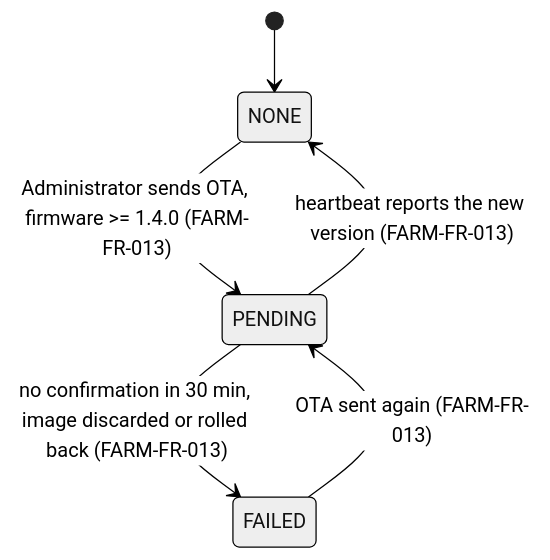
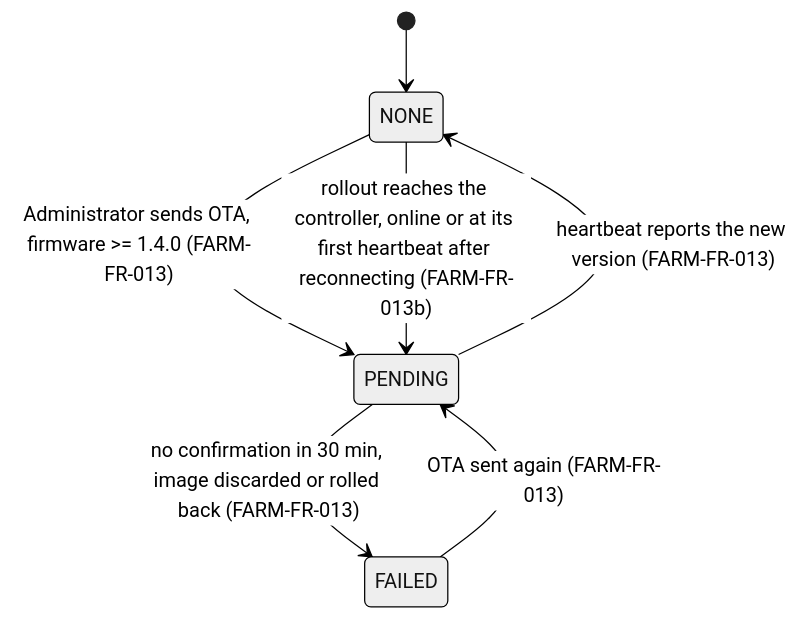
Diagram 18 of 40 in docs/reports/report4-sdd.md (NBao261/SwiftletCare_KLTN), drawn with Mermaid (neutral theme) before and after one commit. The commit also changed other lines of this file and 8 other files, not shown here.

````diff
--- a/docs/reports/report4-sdd.md
+++ b/docs/reports/report4-sdd.md
@@ -1262,8 +1264,9 @@
 ```mermaid
 stateDiagram-v2
   [*] --> NONE
   NONE --> PENDING : Administrator sends OTA, firmware >= 1.4.0 (FARM-FR-013)
   PENDING --> NONE : heartbeat reports the new version (FARM-FR-013)
   PENDING --> FAILED : no confirmation in 30 min, image discarded or rolled back (FARM-FR-013)
   FAILED --> PENDING : OTA sent again (FARM-FR-013)
+  NONE --> PENDING : rollout reaches the controller, online or at its first heartbeat after reconnecting (FARM-FR-013b)
 ```
````
